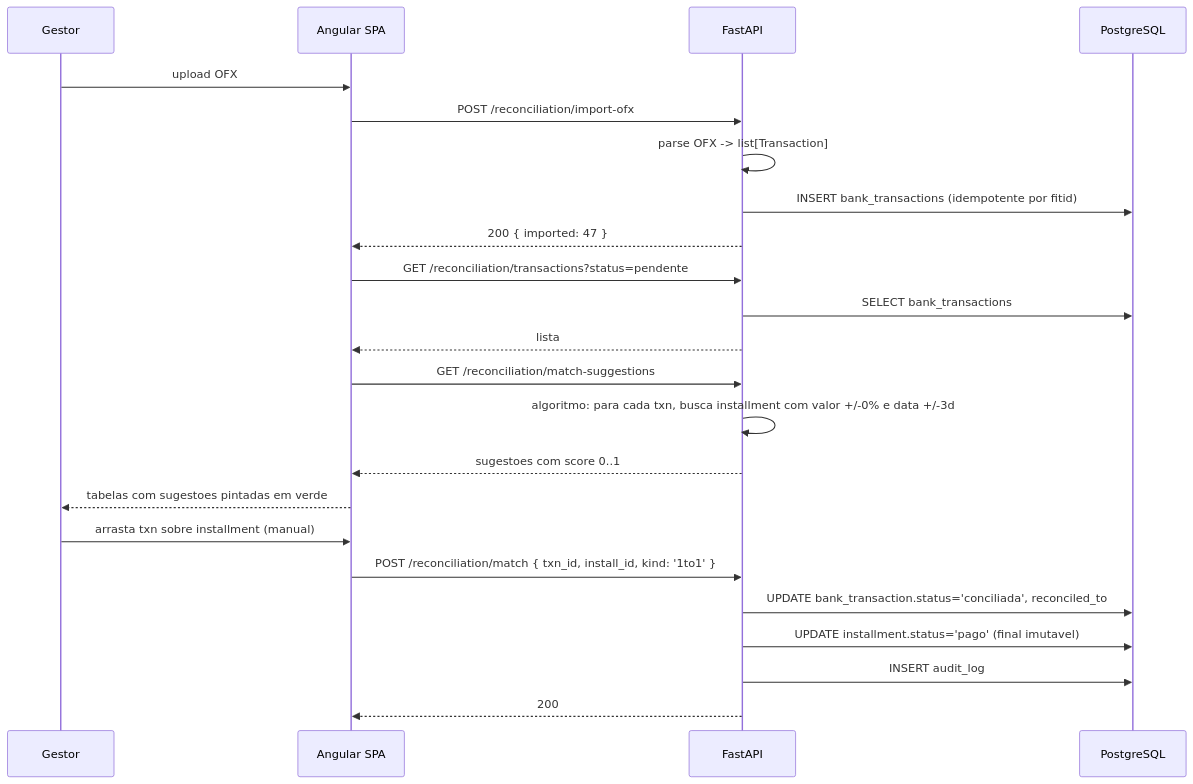
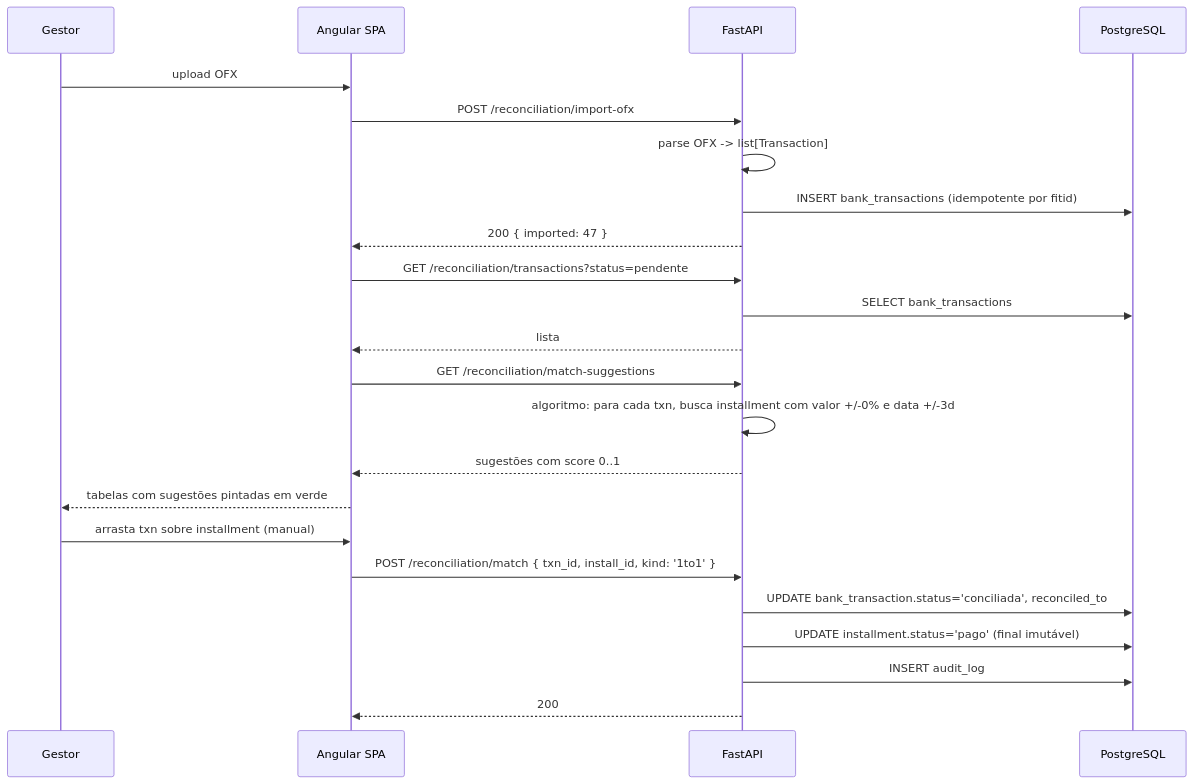
One commit to psoliveira80/pagarpro changed the ninth of 13 diagrams in _bmad-output/planning-artifacts/ARCHITECTURE.md. Above: the diagram before and after it, drawn with Mermaid. The commit also changed other lines of this file and 18 other files, not shown here.

First line of the commit message:
docs: Story 12.9 — traducao PT-BR de PRD, ARCHITECTURE, epics e stories Epic 10/11

````diff
--- a/_bmad-output/planning-artifacts/ARCHITECTURE.md
+++ b/_bmad-output/planning-artifacts/ARCHITECTURE.md
@@ -1847,26 +1847,26 @@
 ```mermaid
 sequenceDiagram
     participant U as Gestor
     participant W as Angular SPA
     participant A as FastAPI
     participant DB as PostgreSQL
 
     U->>W: upload OFX
     W->>A: POST /reconciliation/import-ofx
     A->>A: parse OFX -> list[Transaction]
     A->>DB: INSERT bank_transactions (idempotente por fitid)
     A-->>W: 200 { imported: 47 }
     W->>A: GET /reconciliation/transactions?status=pendente
     A->>DB: SELECT bank_transactions
     A-->>W: lista
     W->>A: GET /reconciliation/match-suggestions
     A->>A: algoritmo: para cada txn, busca installment com valor +/-0% e data +/-3d
-    A-->>W: sugestoes com score 0..1
-    W-->>U: tabelas com sugestoes pintadas em verde
+    A-->>W: sugestões com score 0..1
+    W-->>U: tabelas com sugestões pintadas em verde
     U->>W: arrasta txn sobre installment (manual)
     W->>A: POST /reconciliation/match { txn_id, install_id, kind: '1to1' }
     A->>DB: UPDATE bank_transaction.status='conciliada', reconciled_to
-    A->>DB: UPDATE installment.status='pago' (final imutavel)
+    A->>DB: UPDATE installment.status='pago' (final imutável)
     A->>DB: INSERT audit_log
     A-->>W: 200
 ```
````
